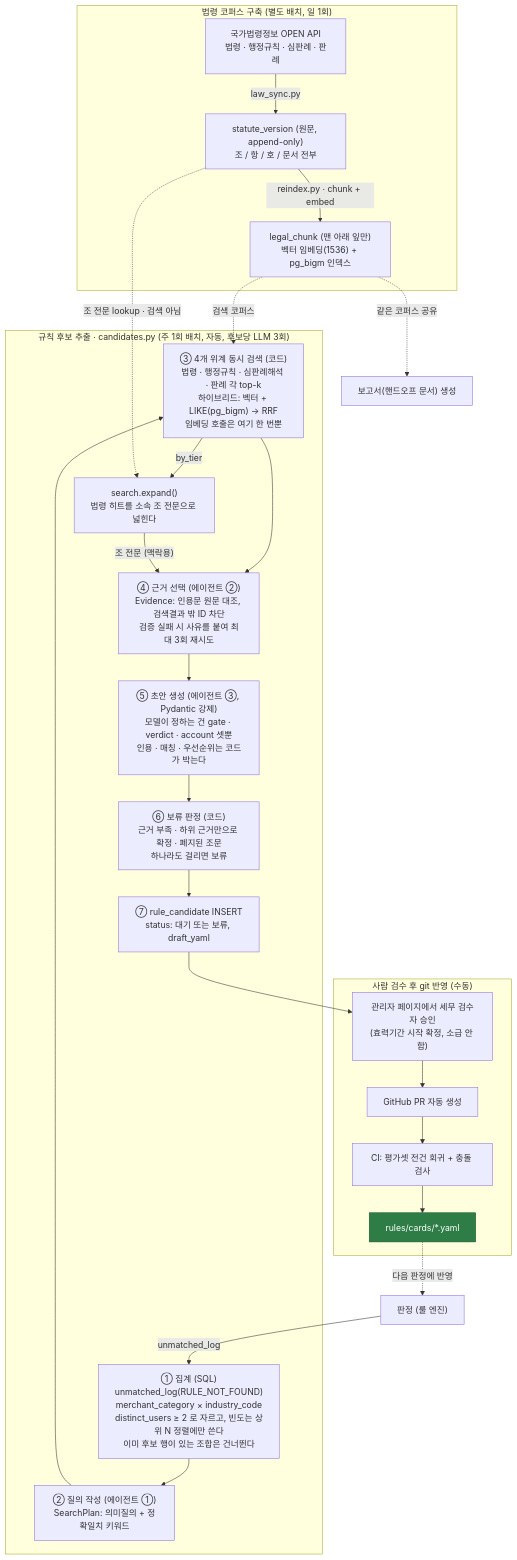
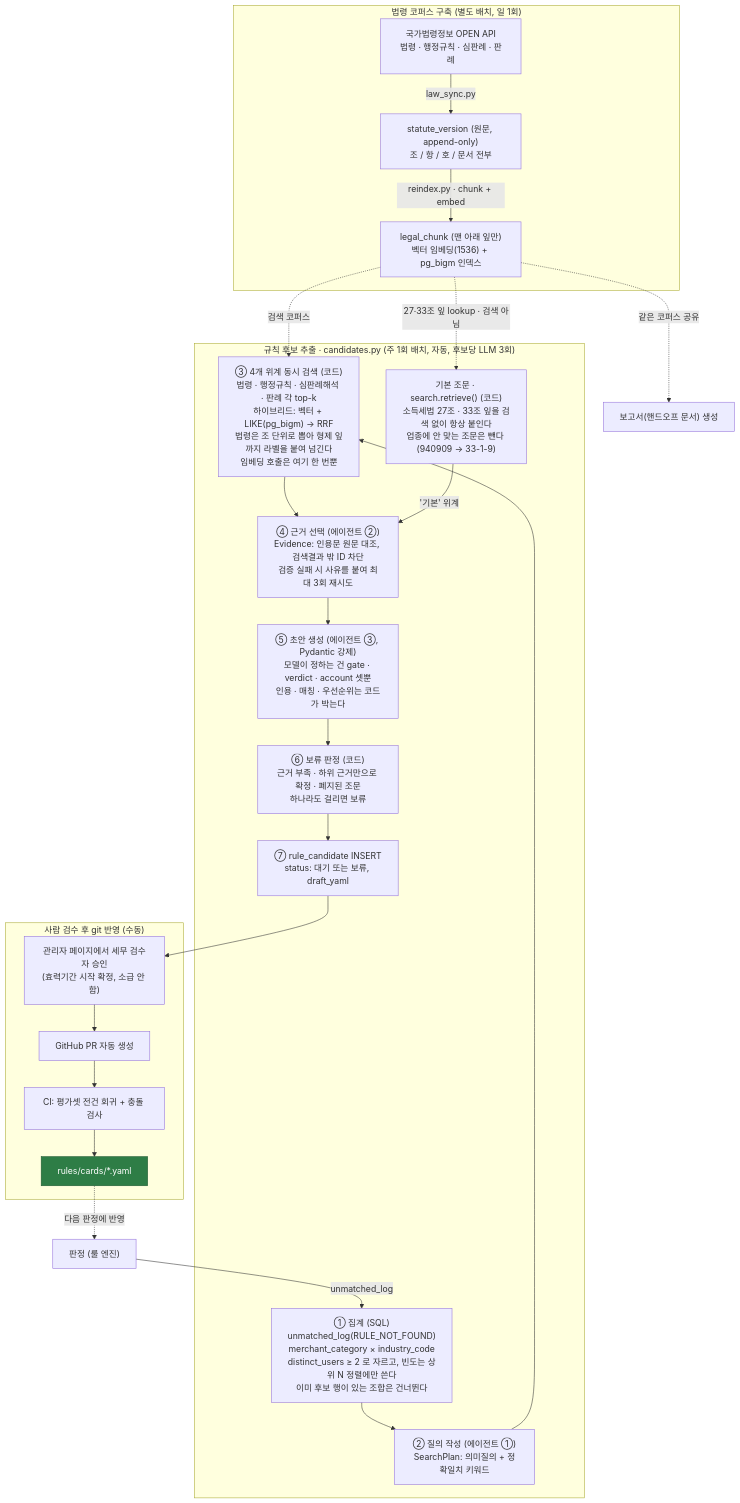
One commit to RainDrop3/ktc4-pusan-4 changed the third of 3 diagrams in docs/architecture.md. Above: the diagram before and after it, drawn with Mermaid. The commit also changed other lines of this file and 2 other files, not shown here.

Commit message:
docs: RAG 개선 측정 기록과 구조도 갱신
rag-eval.md 에 진단·단계별 수치·다음 할 일을 남기고, architecture.md·CONTEXT.md 의
검색 흐름을 기본 조문과 조 단위 선택으로 고친다.

````diff
--- a/docs/architecture.md
+++ b/docs/architecture.md
@@ -116,43 +116,43 @@
 ```mermaid
 flowchart TD
     subgraph CORPUS["법령 코퍼스 구축 (별도 배치, 일 1회)"]
         LAW["국가법령정보 OPEN API<br/>법령 · 행정규칙 · 심판례 · 판례"]
         SV["statute_version (원문, append-only)<br/>조 / 항 / 호 / 문서 전부"]
         LC["legal_chunk (맨 아래 잎만)<br/>벡터 임베딩(1536) + pg_bigm 인덱스"]
         LAW -->|"law_sync.py"| SV -->|"reindex.py · chunk + embed"| LC
     end
 
     subgraph EXTRACT["규칙 후보 추출 · candidates.py (주 1회 배치, 자동, 후보당 LLM 3회)"]
         AGG["① 집계 (SQL)<br/>unmatched_log(RULE_NOT_FOUND)<br/>merchant_category × industry_code<br/>distinct_users ≥ 2 로 자르고, 빈도는 상위 N 정렬에만 쓴다<br/>이미 후보 행이 있는 조합은 건너뛴다"]
         PLAN["② 질의 작성 (에이전트 ①)<br/>SearchPlan: 의미질의 + 정확일치 키워드"]
-        SEARCH["③ 4개 위계 동시 검색 (코드)<br/>법령 · 행정규칙 · 심판례해석 · 판례 각 top-k<br/>하이브리드: 벡터 + LIKE(pg_bigm) → RRF<br/>임베딩 호출은 여기 한 번뿐"]
-        EXPAND["search.expand()<br/>법령 히트를 소속 조 전문으로 넓힌다"]
+        SEARCH["③ 4개 위계 동시 검색 (코드)<br/>법령 · 행정규칙 · 심판례해석 · 판례 각 top-k<br/>하이브리드: 벡터 + LIKE(pg_bigm) → RRF<br/>법령은 조 단위로 뽑아 형제 잎까지 라벨을 붙여 넘긴다<br/>임베딩 호출은 여기 한 번뿐"]
+        FRAME["기본 조문 · search.retrieve() (코드)<br/>소득세법 27조 · 33조 잎을 검색 없이 항상 붙인다<br/>업종에 안 맞는 조문은 뺀다 (940909 → 33-1-9)"]
         PICK["④ 근거 선택 (에이전트 ②)<br/>Evidence: 인용문 원문 대조, 검색결과 밖 ID 차단<br/>검증 실패 시 사유를 붙여 최대 3회 재시도"]
         DRAFT["⑤ 초안 생성 (에이전트 ③, Pydantic 강제)<br/>모델이 정하는 건 gate · verdict · account 셋뿐<br/>인용 · 매칭 · 우선순위는 코드가 박는다"]
         HOLD["⑥ 보류 판정 (코드)<br/>근거 부족 · 하위 근거만으로 확정 · 폐지된 조문<br/>하나라도 걸리면 보류"]
         CAND["⑦ rule_candidate INSERT<br/>status: 대기 또는 보류, draft_yaml"]
         AGG --> PLAN --> SEARCH --> PICK --> DRAFT --> HOLD --> CAND
-        SEARCH -->|"by_tier"| EXPAND -->|"조 전문 (맥락용)"| PICK
+        FRAME -->|"'기본' 위계"| PICK
     end
 
     subgraph HUMAN["사람 검수 후 git 반영 (수동)"]
         ADMIN["관리자 페이지에서 세무 검수자 승인<br/>(효력기간 시작 확정, 소급 안 함)"]
         PR["GitHub PR 자동 생성"]
         CI["CI: 평가셋 전건 회귀 + 충돌 검사"]
         CARDS["rules/cards/*.yaml"]
         ADMIN --> PR --> CI --> CARDS
     end
 
     JUDGE["판정 (룰 엔진)"]
     REPORT["보고서(핸드오프 문서) 생성"]
 
     JUDGE -->|"unmatched_log"| AGG
     LC -.->|"검색 코퍼스"| SEARCH
-    SV -.->|"조 전문 lookup · 검색 아님"| EXPAND
+    LC -.->|"27·33조 잎 lookup · 검색 아님"| FRAME
     LC -.->|"같은 코퍼스 공유"| REPORT
     CAND --> ADMIN
     CARDS -.->|"다음 판정에 반영"| JUDGE
 
     classDef done fill:#2e7d46,color:#ffffff,stroke:#1f5731;
     class CARDS done;
 ```
````
